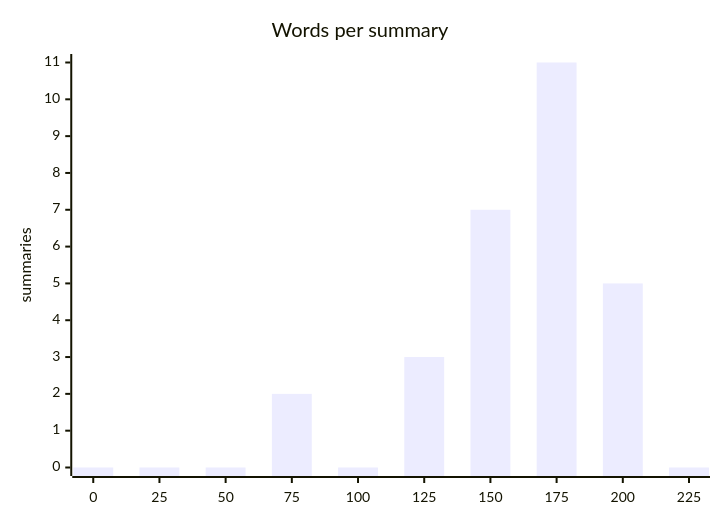
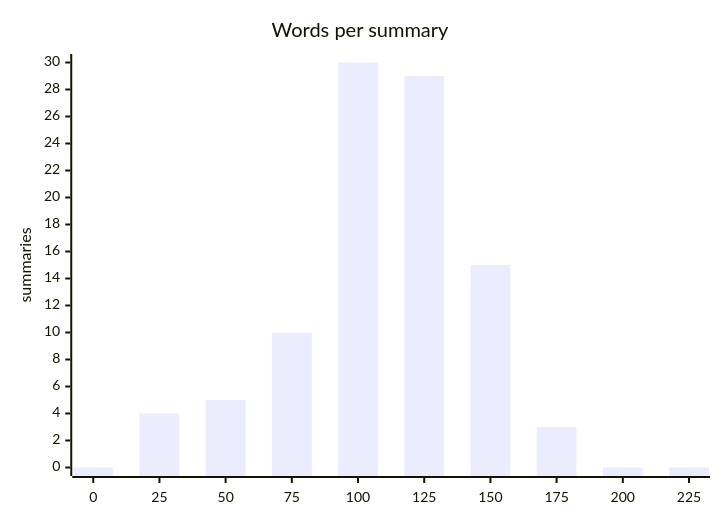
One commit to MISP/ai-connector changed the second of 2 diagrams in docs/BENCHMARKS_summary.md. Above: the diagram before and after it, drawn with Mermaid. The commit also changed other lines of this file and 10 other files, not shown here.

````diff
--- a/docs/BENCHMARKS_summary.md
+++ b/docs/BENCHMARKS_summary.md
@@ -33,7 +31,7 @@
 ```mermaid
 xychart-beta
   title "Words per summary"
   x-axis ["0", "25", "50", "75", "100", "125", "150", "175", "200", "225"]
-  y-axis "summaries" 0 --> 11
-  bar [0, 0, 0, 2, 0, 3, 7, 11, 5, 0]
+  y-axis "summaries" 0 --> 30
+  bar [0, 4, 5, 10, 30, 29, 15, 3, 0, 0]
 ```
````
